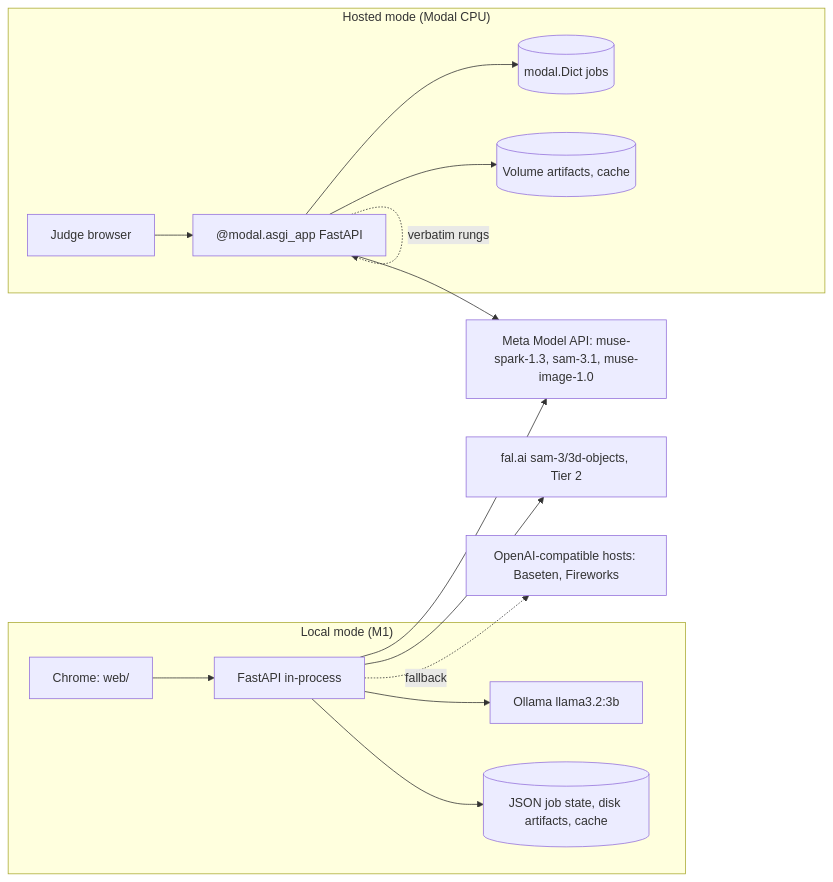
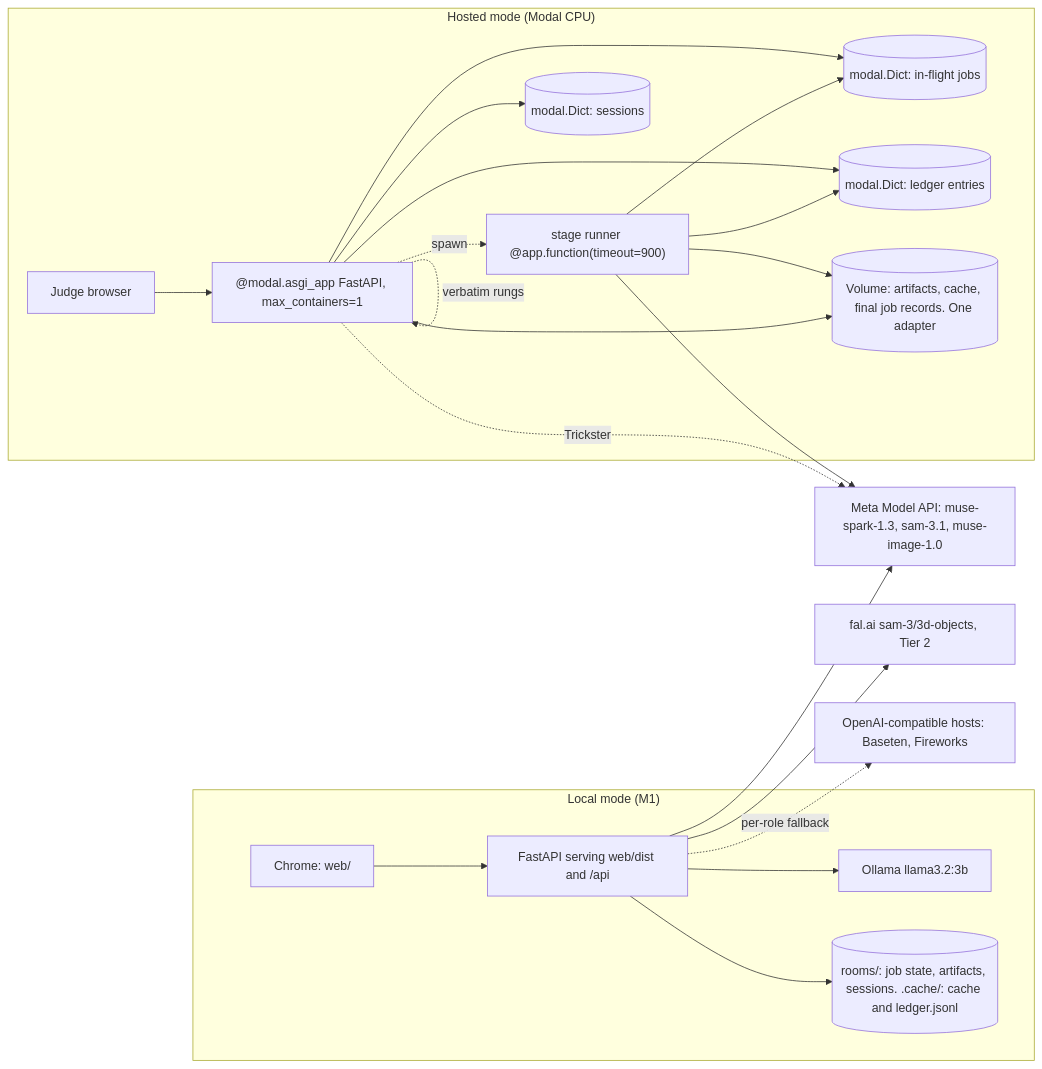
The second of 4 diagrams in docs/planning-artifacts/architecture/architecture-Keyframe-2026-10-21/ARCHITECTURE-SPINE.md (lutic1/meta-hackathon-2026), drawn with Mermaid before and after one commit. The commit also changed other lines of this file and 10 other files, not shown here.

Commit message:
Architecture spine finalized after the reviewer gate (18 ADs); spec adopts the spine as a companion; cut-1 wording aligned

````diff
--- a/docs/planning-artifacts/architecture/architecture-Keyframe-2026-10-21/ARCHITECTURE-SPINE.md
+++ b/docs/planning-artifacts/architecture/architecture-Keyframe-2026-10-21/ARCHITECTURE-SPINE.md
@@ -196,18 +211,25 @@
 ```mermaid
 flowchart LR
   subgraph Mac["Local mode (M1)"]
-    B1[Chrome: web/] --> A1[FastAPI in-process]
+    B1[Chrome: web/] --> A1["FastAPI serving web/dist and /api"]
     A1 --> O[Ollama llama3.2:3b]
-    A1 --> FS[(JSON job state, disk artifacts, cache)]
+    A1 --> FS[("rooms/: job state, artifacts, sessions. .cache/: cache and ledger.jsonl")]
   end
   subgraph Modal["Hosted mode (Modal CPU)"]
-    B2[Judge browser] --> A2["@modal.asgi_app FastAPI"]
-    A2 --> D[(modal.Dict jobs)]
-    A2 --> V[(Volume artifacts, cache)]
+    B2[Judge browser] --> A2["@modal.asgi_app FastAPI, max_containers=1"]
+    A2 -. spawn .-> R["stage runner @app.function(timeout=900)"]
+    A2 --> D[("modal.Dict: in-flight jobs")]
+    A2 --> S[("modal.Dict: sessions")]
+    A2 --> L[("modal.Dict: ledger entries")]
+    R --> D
+    R --> L
+    R --> V[("Volume: artifacts, cache, final job records. One adapter")]
+    A2 --> V
     A2 -. verbatim rungs .-> A2
   end
-  A1 --> META[Meta Model API: muse-spark-1.3, sam-3.1, muse-image-1.0]
-  A2 --> META
-  A1 --> FAL[fal.ai sam-3/3d-objects, Tier 2]
-  A1 -. fallback .-> OAI[OpenAI-compatible hosts: Baseten, Fireworks]
+  A1 --> META["Meta Model API: muse-spark-1.3, sam-3.1, muse-image-1.0"]
+  R --> META
+  A2 -. Trickster .-> META
+  A1 --> FAL["fal.ai sam-3/3d-objects, Tier 2"]
+  A1 -. per-role fallback .-> OAI["OpenAI-compatible hosts: Baseten, Fireworks"]
 ```
````
